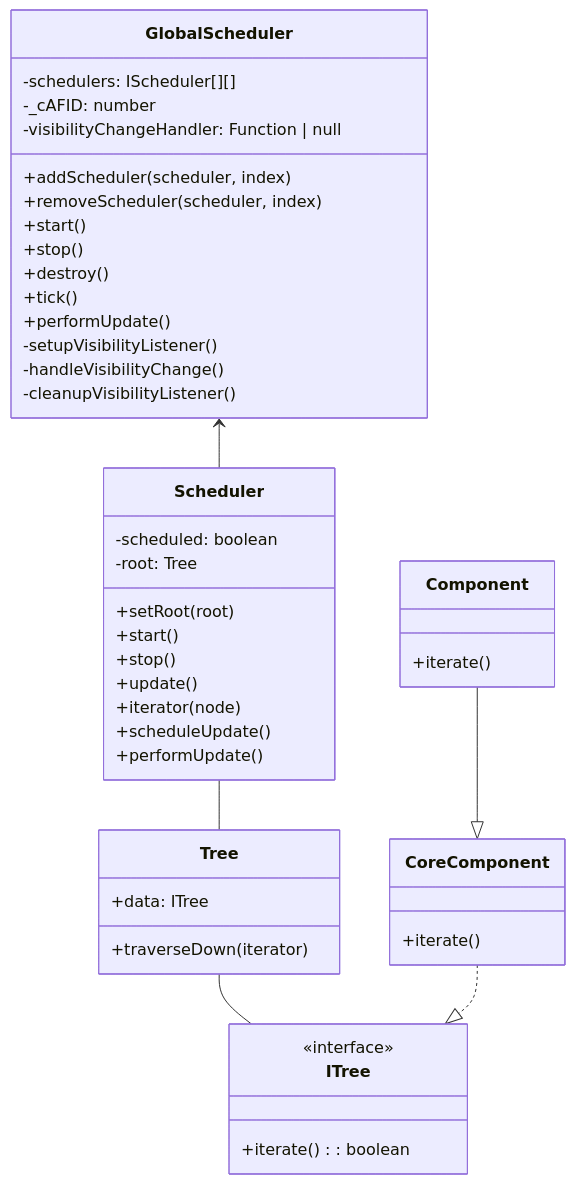
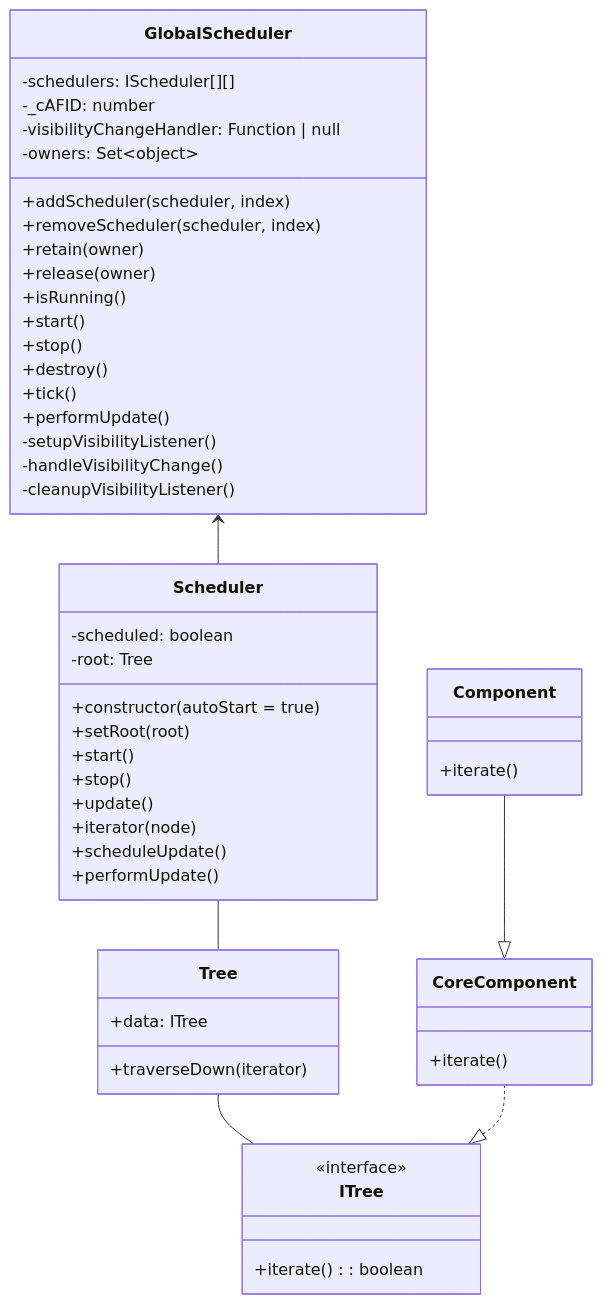
One commit to gravity-ui/graph changed the first of 7 diagrams in packages/graph/docs/system/scheduler-system.md. Above: the diagram before and after it, drawn with Mermaid. The commit also changed other lines of this file and 16 other files, not shown here.

First line of the commit message:
fix(graph): share the frame loop by owner and keep unattached graphs collectable

````diff
--- a/packages/graph/docs/system/scheduler-system.md
+++ b/packages/graph/docs/system/scheduler-system.md
@@ -14,54 +14,59 @@
 ```mermaid
 classDiagram
     GlobalScheduler <-- Scheduler
     Scheduler -- Tree
     Tree -- ITree
     CoreComponent ..|> ITree
     Component --|> CoreComponent
     
     class GlobalScheduler {
         -schedulers: IScheduler[][]
         -_cAFID: number
         -visibilityChangeHandler: Function | null
+        -owners: Set~object~
         +addScheduler(scheduler, index)
         +removeScheduler(scheduler, index)
+        +retain(owner)
+        +release(owner)
+        +isRunning()
         +start()
         +stop()
         +destroy()
         +tick()
         +performUpdate()
         -setupVisibilityListener()
         -handleVisibilityChange()
         -cleanupVisibilityListener()
     }
     
     class Scheduler {
         -scheduled: boolean
         -root: Tree
+        +constructor(autoStart = true)
         +setRoot(root)
         +start()
         +stop()
         +update()
         +iterator(node)
         +scheduleUpdate()
         +performUpdate()
     }
     
     class Tree {
         +data: ITree
         +traverseDown(iterator)
     }
     
     class ITree {
         <<interface>>
         +iterate(): boolean
     }
     
     class CoreComponent {
         +iterate()
     }
     
     class Component {
         +iterate()
     }
 ```
````
